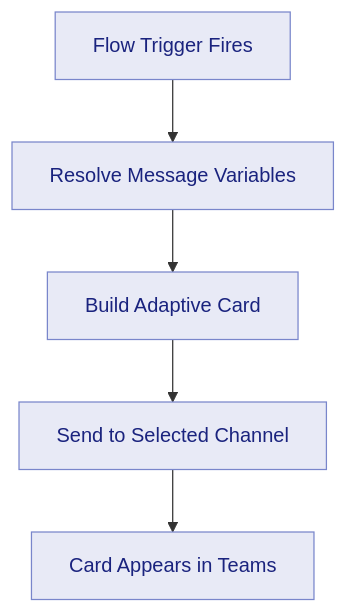
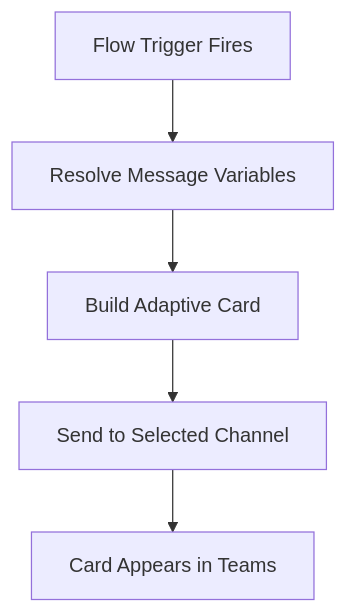
The diagram in docs/flows/notifications/microsoft-teams/overview.md (Qualytics/userguide), drawn with Mermaid before and after one commit. The commit also changed other lines of this file and 7 other files, not shown here.

First line of the commit message:
docs: remove custom mermaid styles, centralize diagrams, and update navigation

````diff
--- a/docs/flows/notifications/microsoft-teams/overview.md
+++ b/docs/flows/notifications/microsoft-teams/overview.md
@@ -10,13 +12,7 @@
 ```mermaid
 flowchart TD
     A[Flow Trigger Fires] --> B[Resolve Message Variables]
     B --> C[Build Adaptive Card]
     C --> D[Send to Selected Channel]
     D --> E[Card Appears in Teams]
-
-    style A fill:#E8EAF6,color:#1A237E,stroke:#7986CB
-    style B fill:#E8EAF6,color:#1A237E,stroke:#7986CB
-    style C fill:#E8EAF6,color:#1A237E,stroke:#7986CB
-    style D fill:#E8EAF6,color:#1A237E,stroke:#7986CB
-    style E fill:#E8EAF6,color:#1A237E,stroke:#7986CB
 ```
````
